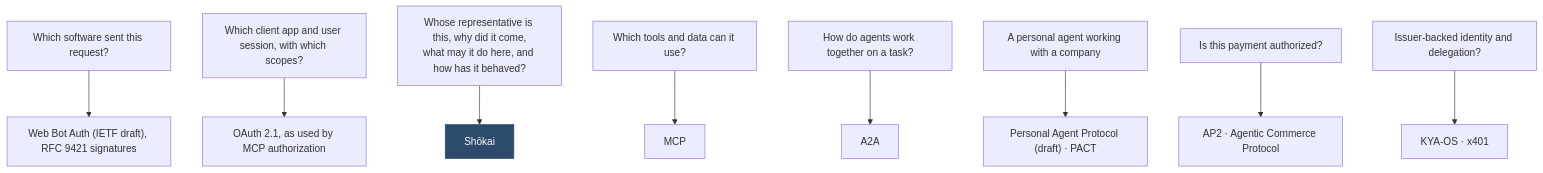
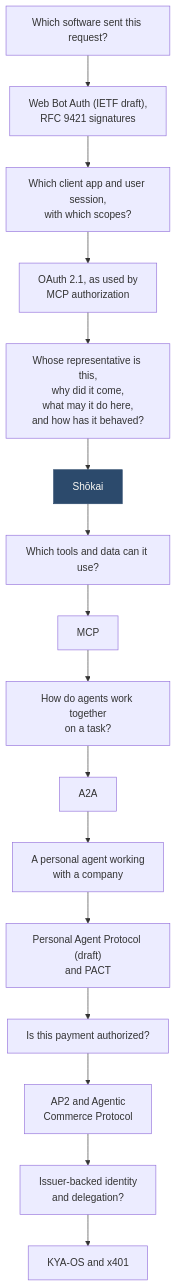
One commit to Kigenka/shokai changed the diagram in docs/diagrams/src/protocols.mmd. Above: the diagram before and after it, drawn with Mermaid. The commit also changed 368 other files, not shown here.

```diff
--- a/docs/diagrams/src/protocols.mmd
+++ b/docs/diagrams/src/protocols.mmd
@@ -1,11 +1,27 @@
-flowchart TB
-  Q1["Which software sent this request?"] --> P1["Web Bot Auth (IETF draft), RFC 9421 signatures"]
-  Q2["Which client app and user session, with which scopes?"] --> P2["OAuth 2.1, as used by MCP authorization"]
-  Q3["Whose representative is this, why did it come,<br/>what may it do here, and how has it behaved?"] --> P3["Shōkai"]
-  Q4["Which tools and data can it use?"] --> P4["MCP"]
-  Q5["How do agents work together on a task?"] --> P5["A2A"]
-  Q6["A personal agent working with a company"] --> P6["Personal Agent Protocol (draft) · PACT"]
-  Q7["Is this payment authorized?"] --> P7["AP2 · Agentic Commerce Protocol"]
-  Q8["Issuer-backed identity and delegation?"] --> P8["KYA-OS · x401"]
+flowchart TD
+  Q1["Which software sent this request?"]
+  Q1 --> P1["Web Bot Auth (IETF draft),<br/>RFC 9421 signatures"]
+
+  P1 --> Q2["Which client app and user session,<br/>with which scopes?"]
+  Q2 --> P2["OAuth 2.1, as used by<br/>MCP authorization"]
+
+  P2 --> Q3["Whose representative is this,<br/>why did it come,<br/>what may it do here,<br/>and how has it behaved?"]
+  Q3 --> P3["Shōkai"]
+
+  P3 --> Q4["Which tools and data can it use?"]
+  Q4 --> P4["MCP"]
+
+  P4 --> Q5["How do agents work together<br/>on a task?"]
+  Q5 --> P5["A2A"]
+
+  P5 --> Q6["A personal agent working<br/>with a company"]
+  Q6 --> P6["Personal Agent Protocol (draft)<br/>and PACT"]
+
+  P6 --> Q7["Is this payment authorized?"]
+  Q7 --> P7["AP2 and Agentic<br/>Commerce Protocol"]
+
+  P7 --> Q8["Issuer-backed identity<br/>and delegation?"]
+  Q8 --> P8["KYA-OS and x401"]
+
   classDef shokai fill:#2c4a6c,stroke:#2c4a6c,color:#fbf9f4
   class P3 shokai
```
